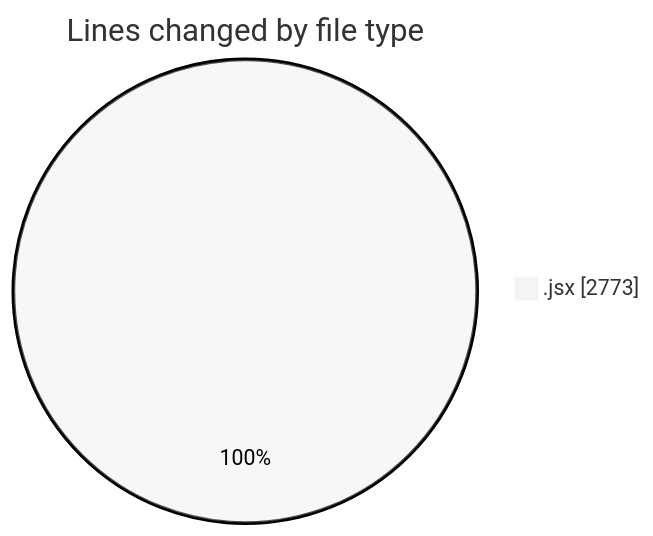
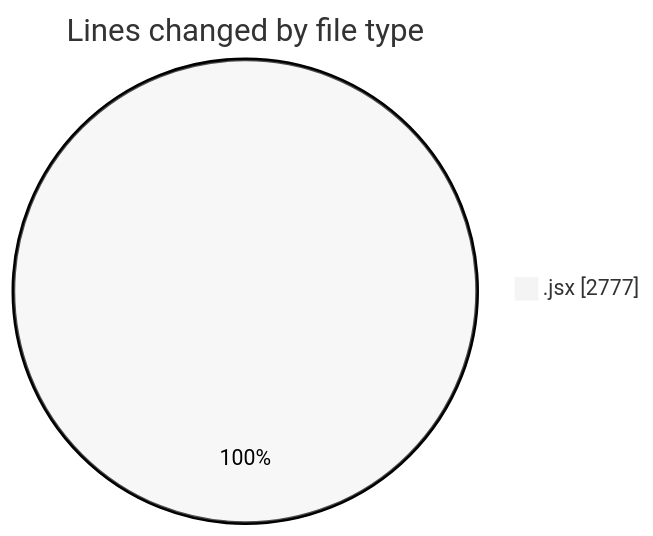
One commit to nxtqubesakshisongat/code-tracking changed the first of 2 diagrams in 2025-09-25/nxtqube_webapp/README.md. Above: the diagram before and after it, drawn with Mermaid (neutral theme). The commit also changed other lines of this file and 1 other file, not shown here.

````diff
--- a/2025-09-25/nxtqube_webapp/README.md
+++ b/2025-09-25/nxtqube_webapp/README.md
@@ -20,5 +20,5 @@
 ```mermaid
 pie showData
 title Lines changed by file type
-".jsx" : 2773
+".jsx" : 2777
 ```
````
